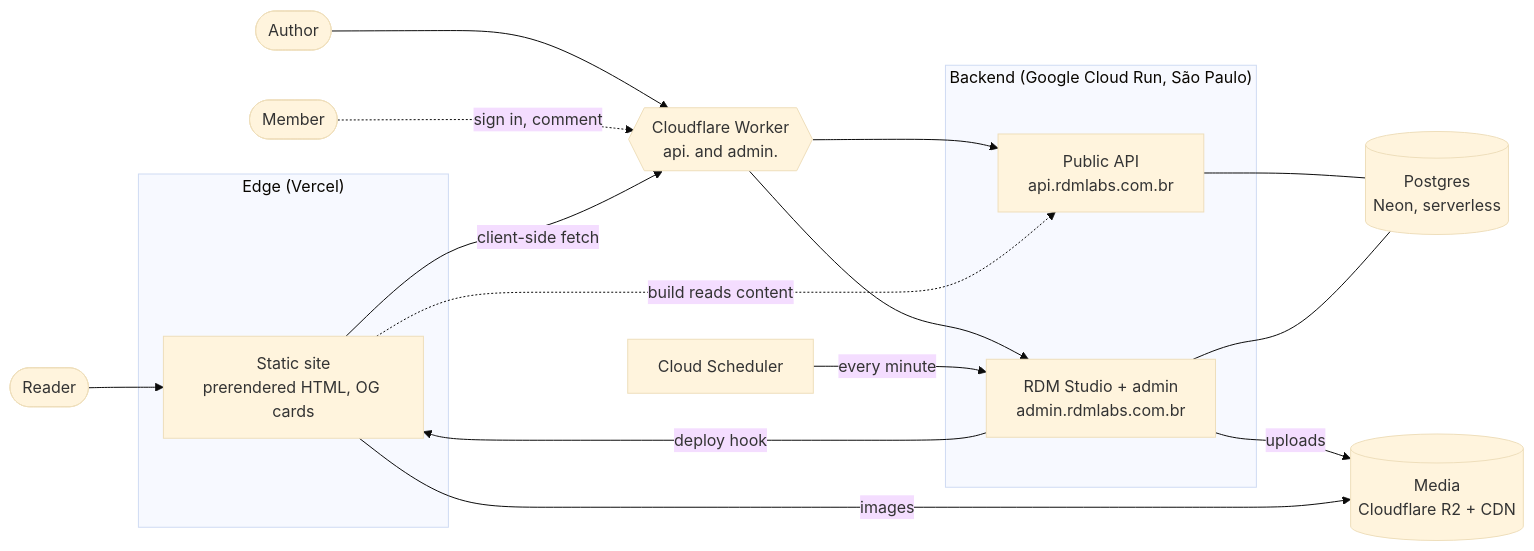
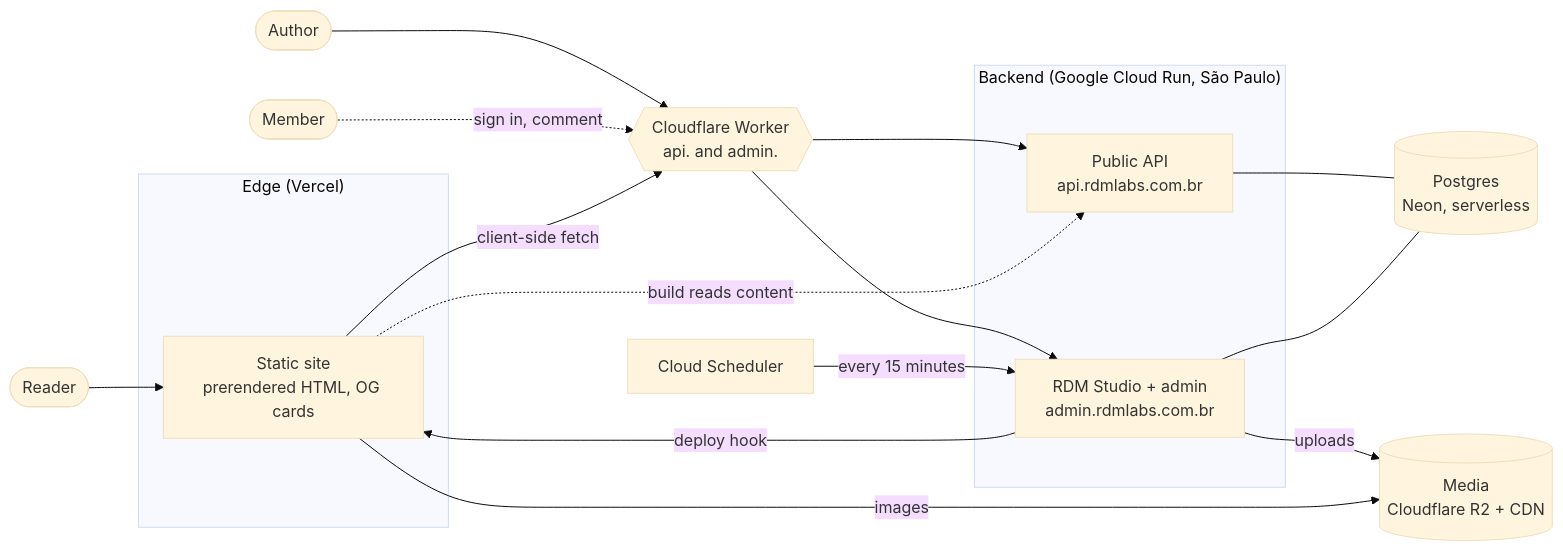
One commit to RafaelDMachado2001/Cosmos changed the first of 3 diagrams in docs/architecture.md. Above: the diagram before and after it, drawn with Mermaid (base theme). The commit also changed other lines of this file and 4 other files, not shown here.

````diff
--- a/docs/architecture.md
+++ b/docs/architecture.md
@@ -24,32 +24,32 @@
 ```mermaid
 flowchart LR
     reader([Reader]) --> edge
     author([Author]) --> worker
     member([Member]) -. sign in, comment .-> worker
 
     subgraph Vercel["Edge (Vercel)"]
         edge[Static site<br/>prerendered HTML, OG cards]
     end
 
     worker{{Cloudflare Worker<br/>api. and admin.}}
 
     subgraph GCP["Backend (Google Cloud Run, São Paulo)"]
         api[Public API<br/>api.rdmlabs.com.br]
         studio[RDM Studio + admin<br/>admin.rdmlabs.com.br]
     end
 
     db[(Postgres<br/>Neon, serverless)]
     media[(Media<br/>Cloudflare R2 + CDN)]
     cron[Cloud Scheduler]
 
     edge -- client-side fetch --> worker
     worker --> api
     worker --> studio
     api --- db
     studio --- db
     studio -- uploads --> media
     edge -- images --> media
     studio -- deploy hook --> edge
     edge -. build reads content .-> api
-    cron -- every minute --> studio
+    cron -- every 15 minutes --> studio
 ```
````
